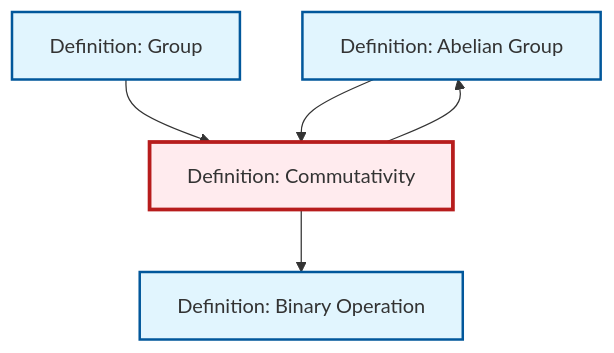
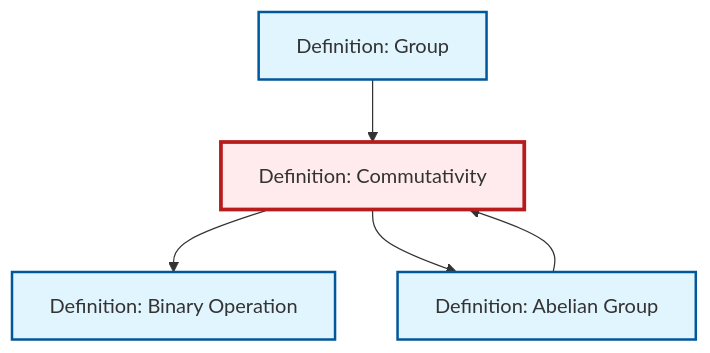
One commit to RK0429/ModernMath changed the diagram in content/ja/algebra/def-commutativity.qmd. Above: the diagram before and after it, drawn with Mermaid. The commit also changed other lines of this file and 554 other files, not shown here.

````diff
--- a/content/ja/algebra/def-commutativity.qmd
+++ b/content/ja/algebra/def-commutativity.qmd
@@ -102,21 +102,21 @@
 ```{mermaid}
 %%| fig-cap: "Local dependency graph"
 graph TD
     classDef definition fill:#e1f5fe,stroke:#01579b,stroke-width:2px
     classDef theorem fill:#f3e5f5,stroke:#4a148c,stroke-width:2px
     classDef axiom fill:#fff3e0,stroke:#e65100,stroke-width:2px
     classDef example fill:#e8f5e9,stroke:#1b5e20,stroke-width:2px
     classDef current fill:#ffebee,stroke:#b71c1c,stroke-width:3px
+    def-group["Definition: Group"]:::definition
+    def-abelian-group["Definition: Abelian Group"]:::definition
+    def-commutativity["Definition: Commutativity"]:::definition
     def-binary-operation["Definition: Binary Operation"]:::definition
-    def-abelian-group["Definition: Abelian Group"]:::definition
-    def-group["Definition: Group"]:::definition
-    def-commutativity["Definition: Commutativity"]:::definition
-    def-commutativity --> def-abelian-group
     def-commutativity --> def-binary-operation
     def-group --> def-commutativity
     def-abelian-group --> def-commutativity
+    def-commutativity --> def-abelian-group
     class def-commutativity current
+    click def-group "def-group.html" "Definition: Groupへ"
+    click def-abelian-group "def-abelian-group.html" "Definition: Abelian Groupへ"
     click def-binary-operation "def-binary-operation.html" "Definition: Binary Operationへ"
-    click def-abelian-group "def-abelian-group.html" "Definition: Abelian Groupへ"
-    click def-group "def-group.html" "Definition: Groupへ"
 ```
````
